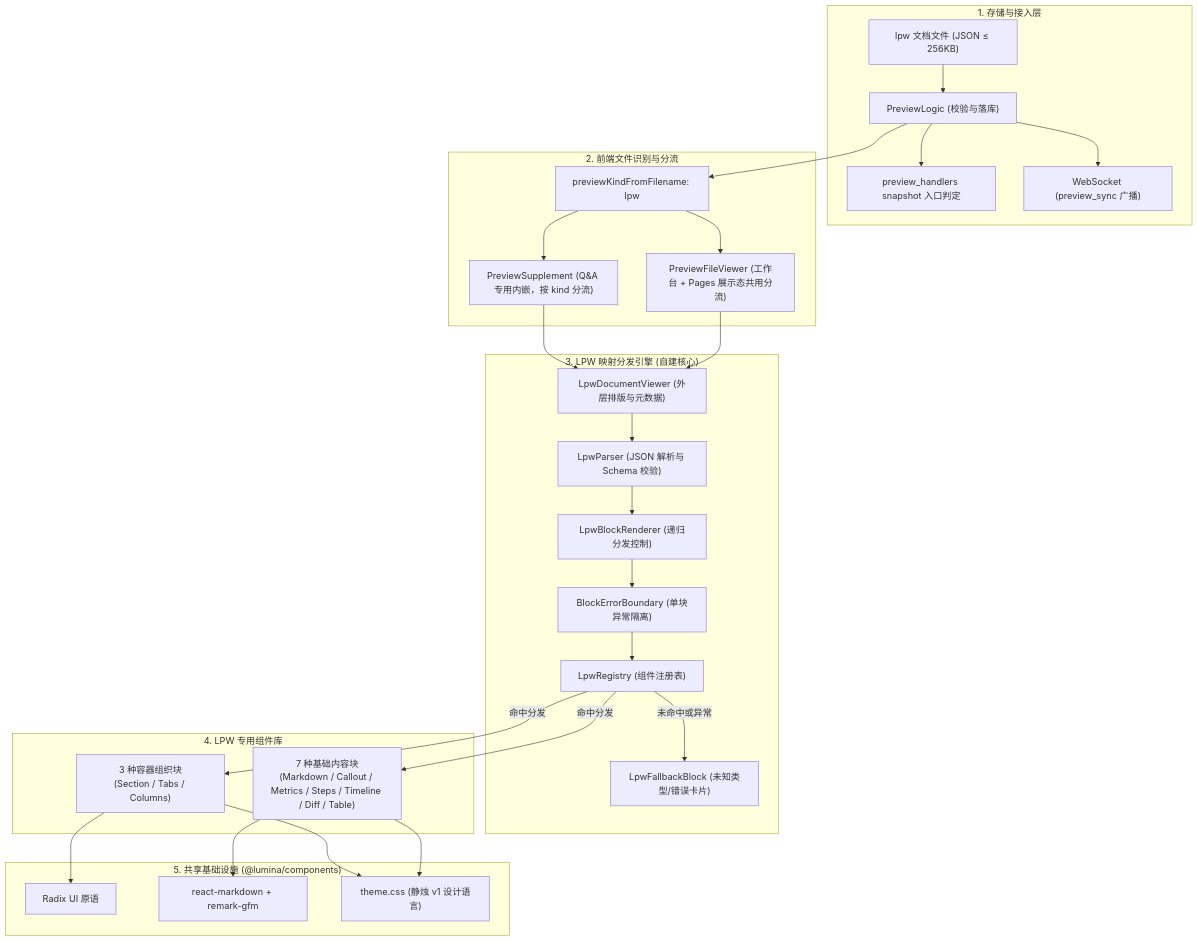
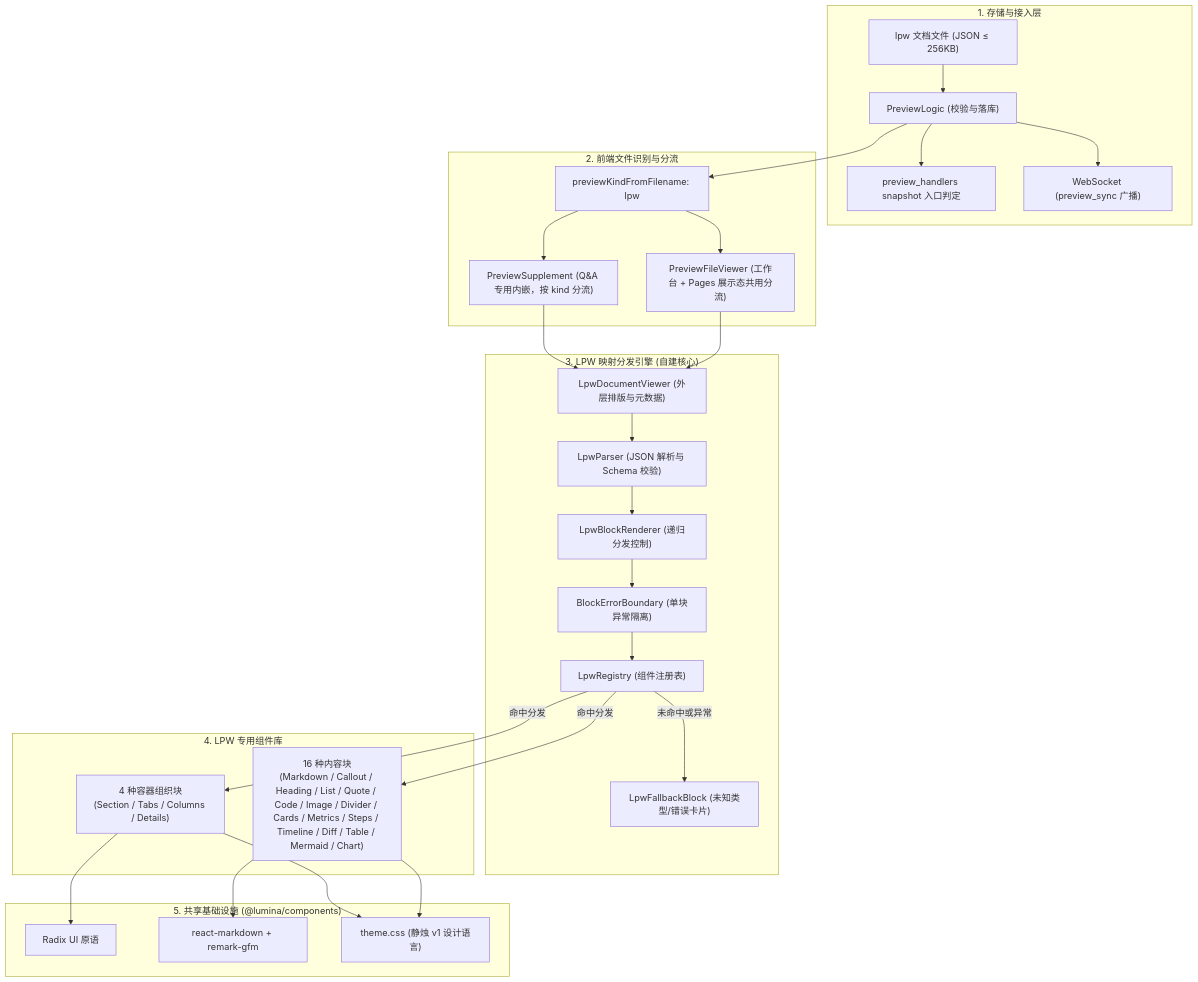
Before and after one commit to xiaolfeng/Lumina: the first of 4 diagrams in docs/engineering/design/0003-preview-lpw-document-renderer.md, drawn with Mermaid. The commit also changed other lines of this file, not shown here.

First line of the commit message:
docs(预览): LPW v1 组件库扩充至 20 种并新增图表能力

````diff
--- a/docs/engineering/design/0003-preview-lpw-document-renderer.md
+++ b/docs/engineering/design/0003-preview-lpw-document-renderer.md
@@ -70,56 +74,56 @@
 ```mermaid
 flowchart TB
   subgraph S1 ["1. 存储与接入层"]
     LPWFile["lpw 文档文件 (JSON ≤ 256KB)"]
     Logic["PreviewLogic (校验与落库)"]
     MCP["preview_handlers snapshot 入口判定"]
     WS["WebSocket (preview_sync 广播)"]
     LPWFile --> Logic
     Logic --> MCP
     Logic --> WS
   end
 
   subgraph S2 ["2. 前端文件识别与分流"]
     Kind["previewKindFromFilename: lpw"]
     Viewer["PreviewFileViewer (工作台 + Pages 展示态共用分流)"]
     QAPrev["PreviewSupplement (Q&A 专用内嵌，按 kind 分流)"]
     Kind --> Viewer
     Kind --> QAPrev
   end
 
   subgraph S3 ["3. LPW 映射分发引擎 (自建核心)"]
     DocShell["LpwDocumentViewer (外层排版与元数据)"]
     Parser["LpwParser (JSON 解析与 Schema 校验)"]
     Dispatcher["LpwBlockRenderer (递归分发控制)"]
     Boundary["BlockErrorBoundary (单块异常隔离)"]
     Registry["LpwRegistry (组件注册表)"]
     Fallback["LpwFallbackBlock (未知类型/错误卡片)"]
 
     DocShell --> Parser
     Parser --> Dispatcher
     Dispatcher --> Boundary
     Boundary --> Registry
     Registry -->|未命中或异常| Fallback
   end
 
   subgraph S4 ["4. LPW 专用组件库"]
-    Content["7 种基础内容块<br>(Markdown / Callout / Metrics / Steps / Timeline / Diff / Table)"]
-    Container["3 种容器组织块<br>(Section / Tabs / Columns)"]
+    Content["16 种内容块<br>(Markdown / Callout / Heading / List / Quote / Code / Image / Divider / Cards / Metrics / Steps / Timeline / Diff / Table / Mermaid / Chart)"]
+    Container["4 种容器组织块<br>(Section / Tabs / Columns / Details)"]
   end
 
   subgraph S5 ["5. 共享基础设施 (@lumina/components)"]
     UI["Radix UI 原语"]
     MDEngine["react-markdown + remark-gfm"]
     ThemeTokens["theme.css (静烛 v1 设计语言)"]
   end
 
   Logic --> Kind
   Viewer --> DocShell
   QAPrev --> DocShell
   Registry -->|命中分发| Content
   Registry -->|命中分发| Container
   Content --> MDEngine
   Content --> ThemeTokens
   Container --> UI
   Container --> ThemeTokens
 ```
````
